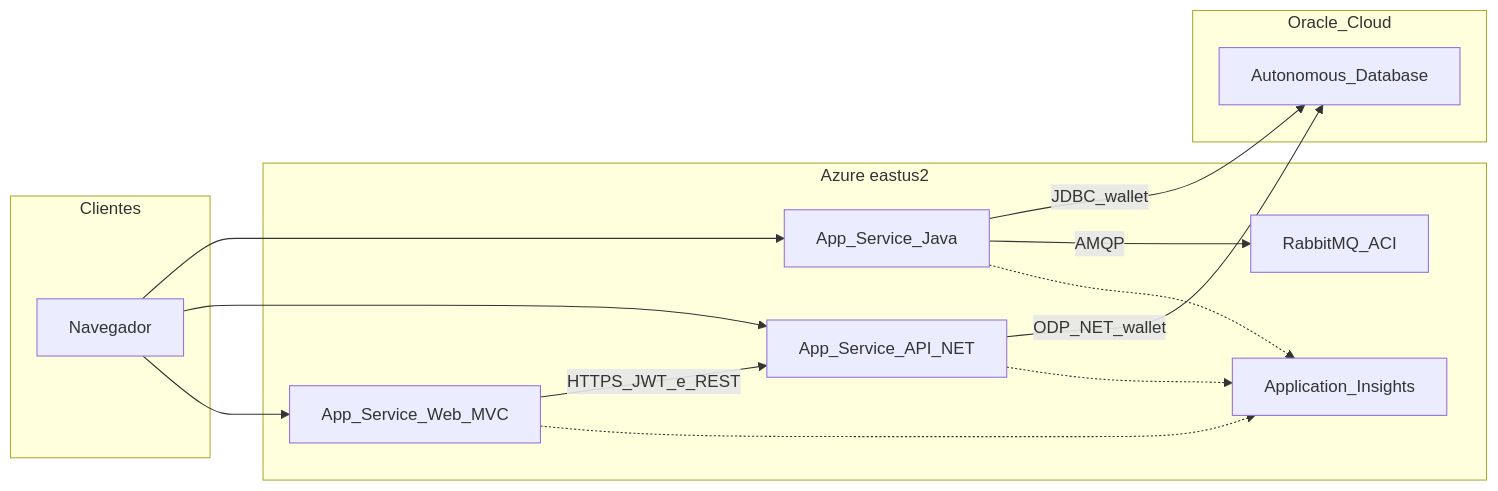
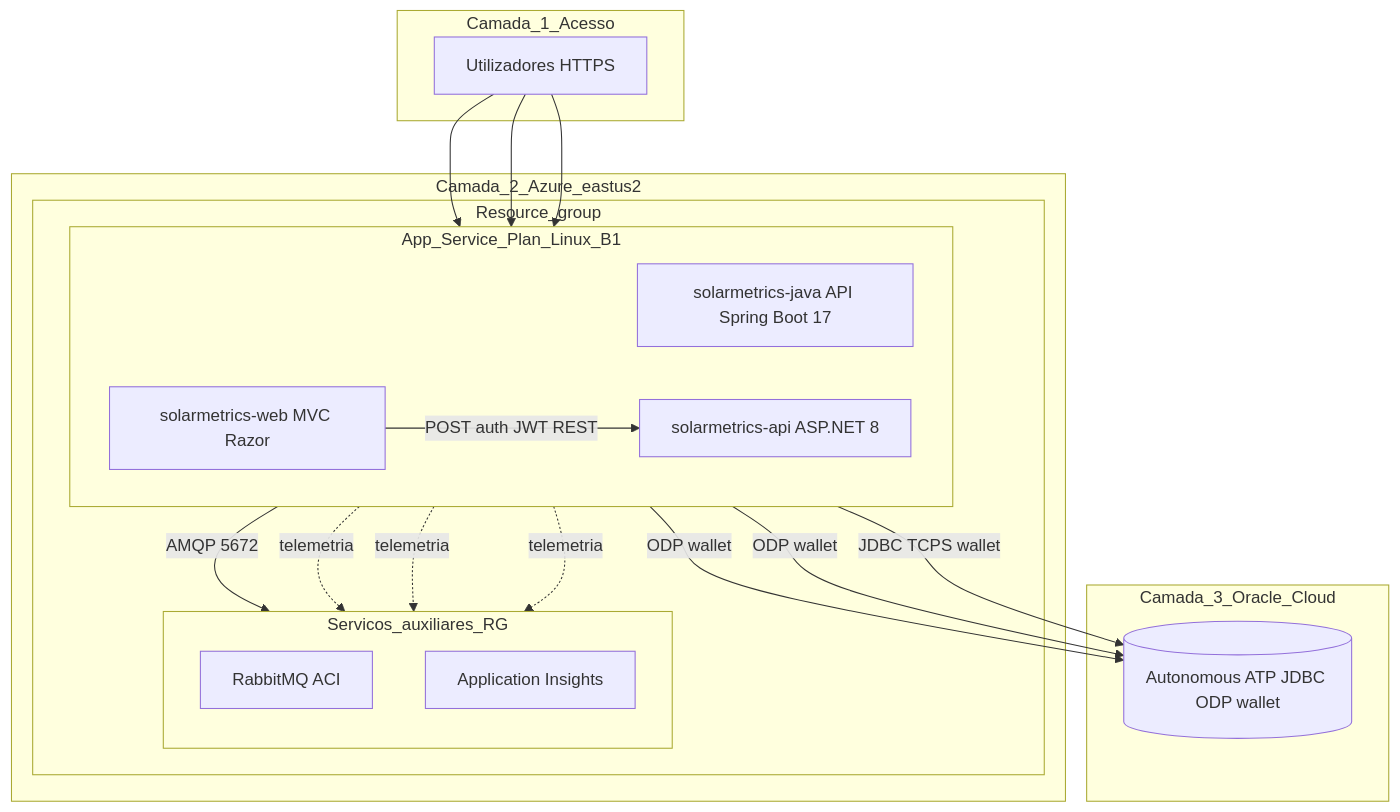
Before and after one commit to bmvck/SolarMetrics-DevOps: the diagram in README.md, drawn with Mermaid. The commit also changed other lines of this file and 1 other file, not shown here.

````diff
--- a/README.md
+++ b/README.md
@@ -51,26 +51,38 @@
 ```mermaid
-flowchart LR
-  subgraph users [Clientes]
-    Browser[Navegador]
+flowchart TB
+  subgraph camada1 [Camada_1_Acesso]
+    usr[Utilizadores HTTPS]
   end
-  subgraph azure [Azure eastus2]
-    AppJava[App_Service_Java]
-    AppApi[App_Service_API_NET]
-    AppWeb[App_Service_Web_MVC]
-    Aci[RabbitMQ_ACI]
-    Ai[Application_Insights]
+
+  subgraph camada2 [Camada_2_Azure_eastus2]
+    subgraph rg [Resource_group]
+      subgraph asp [App_Service_Plan_Linux_B1]
+        direction LR
+        wj[solarmetrics-java API Spring Boot 17]
+        wa[solarmetrics-api ASP.NET 8]
+        ww[solarmetrics-web MVC Razor]
+      end
+      subgraph suporte [Servicos_auxiliares_RG]
+        direction TB
+        rmq[RabbitMQ ACI]
+        ins[Application Insights]
+      end
+    end
   end
-  subgraph oci [Oracle_Cloud]
-    Atp[Autonomous_Database]
+
+  subgraph camada3 [Camada_3_Oracle_Cloud]
+    atp[("Autonomous ATP JDBC ODP wallet")]
   end
-  Browser --> AppJava
-  Browser --> AppApi
-  Browser --> AppWeb
-  AppWeb -->|HTTPS_JWT_e_REST| AppApi
-  AppJava -->|JDBC_wallet| Atp
-  AppApi -->|ODP_NET_wallet| Atp
-  AppJava -->|AMQP| Aci
-  AppJava -.-> Ai
-  AppApi -.-> Ai
-  AppWeb -.-> Ai
+
+  usr --> wj
+  usr --> wa
+  usr --> ww
+  ww -->|POST auth JWT REST| wa
+  ww -->|ODP wallet| atp
+  wa -->|ODP wallet| atp
+  wj -->|JDBC TCPS wallet| atp
+  wj -->|AMQP 5672| rmq
+  wj -.->|telemetria| ins
+  wa -.->|telemetria| ins
+  ww -.->|telemetria| ins
 ```
````
